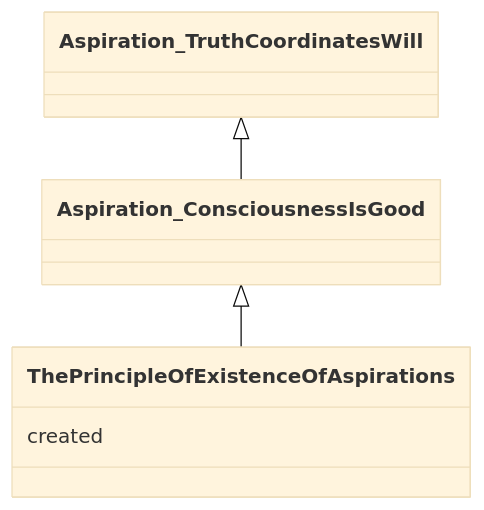
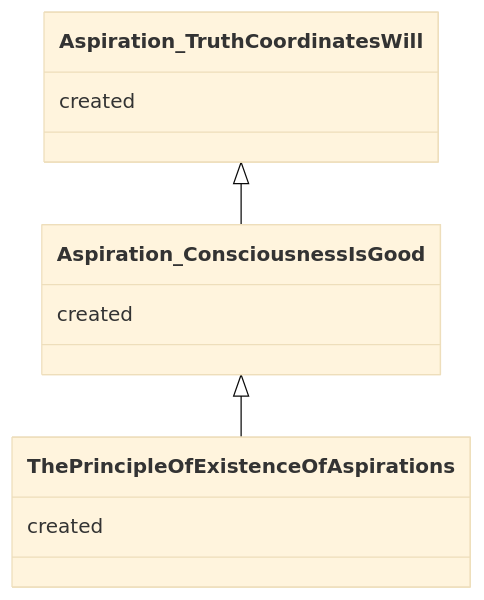
Before and after one commit to the-laurel/chain-proposals: the fourth of 5 diagrams in evmos/PrecedenceGraph.md, drawn with Mermaid (base theme).

````diff
--- a/evmos/PrecedenceGraph.md
+++ b/evmos/PrecedenceGraph.md
@@ -131,12 +131,22 @@
 ```mermaid
 classDiagram
 
 class The Principle Of Existence Of Aspirations {
   created
 }
 link The Principle Of Existence Of Aspirations "https://github.com/the-laurel/chain-proposals/blob/main/evmos/PrincipleOfExistenceOfAspirations.md" 
 
+class Aspiration_ Consciousness Is Good {
+  created
+}
+link Aspiration_ Consciousness Is Good "https://github.com/the-laurel/chain-proposals/blob/main/evmos/Aspiration_ConsciousnessIsGood.md" 
+
+class Aspiration_ Truth Coordinates Will {
+  created
+}
+link Aspiration_ Truth Coordinates Will "https://github.com/the-laurel/chain-proposals/blob/main/evmos/Aspiration_TruthCoordinatesWill.md" 
+
 Aspiration_ Consciousness Is Good <|-- The Principle Of Existence Of Aspirations
 Aspiration_ Truth Coordinates Will  <|-- Aspiration_ Consciousness Is Good
 
 ```
````
